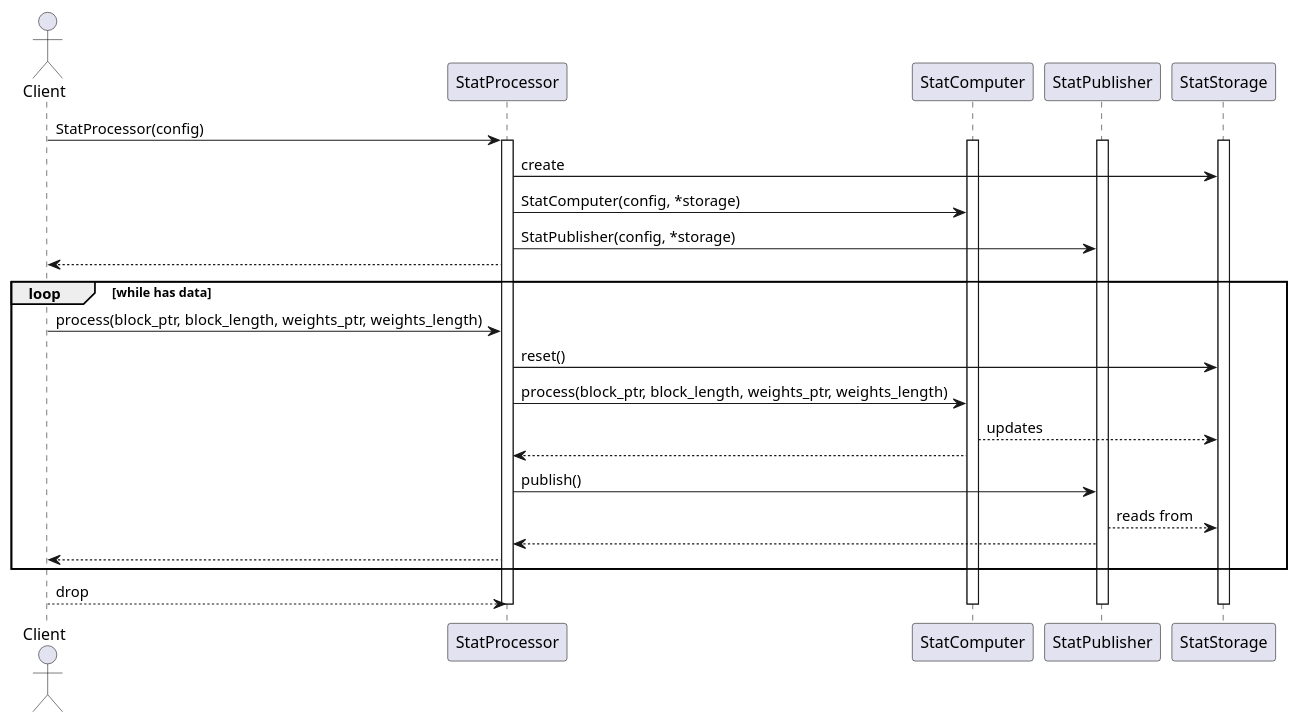
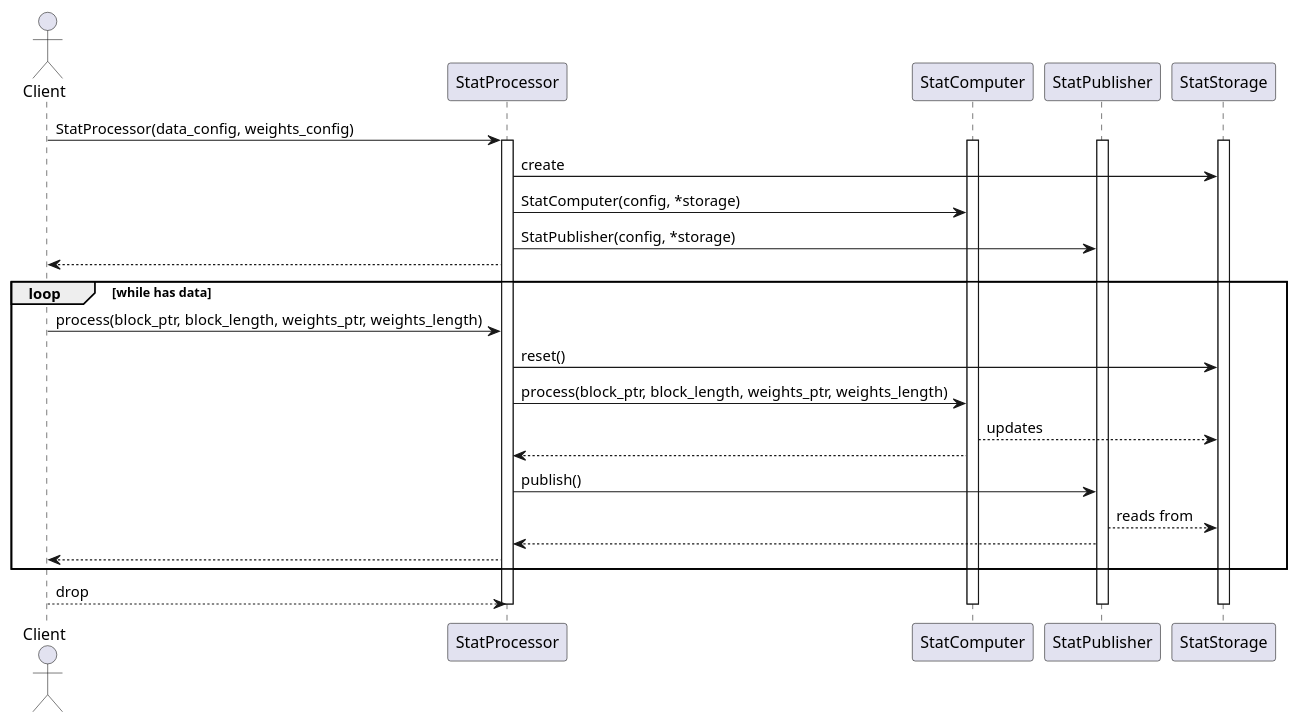
Before and after one commit to ska-telescope/ska-pst-stat: the diagram in docs/src/architecture/stats_processor_seq.puml, drawn with PlantUML. The commit also changed 1 other file, not shown here.

Commit message:
AT3-512 updated UML involving StatProcessor
- Updated AsciHeader config in StatProcessor constructor class

```diff
--- a/docs/src/architecture/stats_processor_seq.puml
+++ b/docs/src/architecture/stats_processor_seq.puml
@@ -1,28 +1,28 @@
 @startuml PST STAT Processor
 actor Client
-Client -> StatProcessor: StatProcessor(config)
+Client -> StatProcessor: StatProcessor(data_config, weights_config)
 activate StatProcessor
 activate StatComputer
 activate StatPublisher
 activate StatStorage
 StatProcessor -> StatStorage: create
 StatProcessor -> StatComputer: StatComputer(config, *storage)
 StatProcessor -> StatPublisher: StatPublisher(config, *storage)
 Client <-- StatProcessor
 loop while has data
   Client -> StatProcessor: process(block_ptr, block_length, weights_ptr, weights_length)
   StatProcessor -> StatStorage: reset()
   StatProcessor -> StatComputer: process(block_ptr, block_length, weights_ptr, weights_length)
   StatComputer --> StatStorage: updates
   StatProcessor <-- StatComputer
   StatProcessor -> StatPublisher: publish()
   StatPublisher --> StatStorage: reads from
   StatProcessor <-- StatPublisher
   Client <-- StatProcessor
 end
 Client --> StatProcessor: drop
 deactivate StatProcessor
 deactivate StatComputer
 deactivate StatPublisher
 deactivate StatStorage
 @enduml
```
